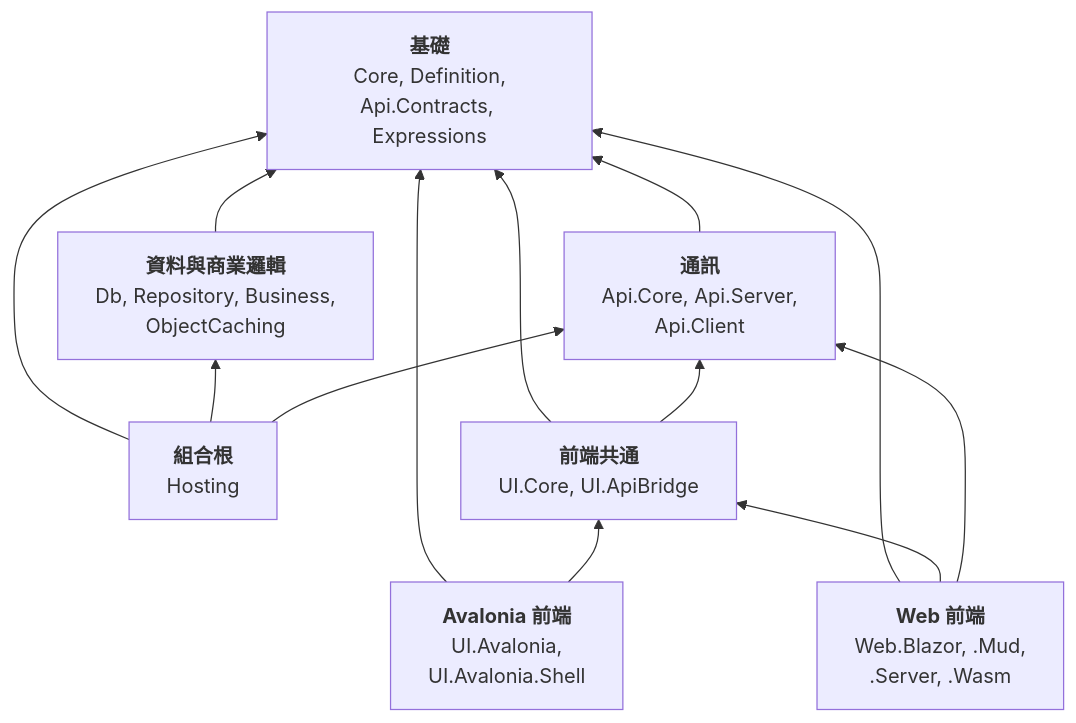
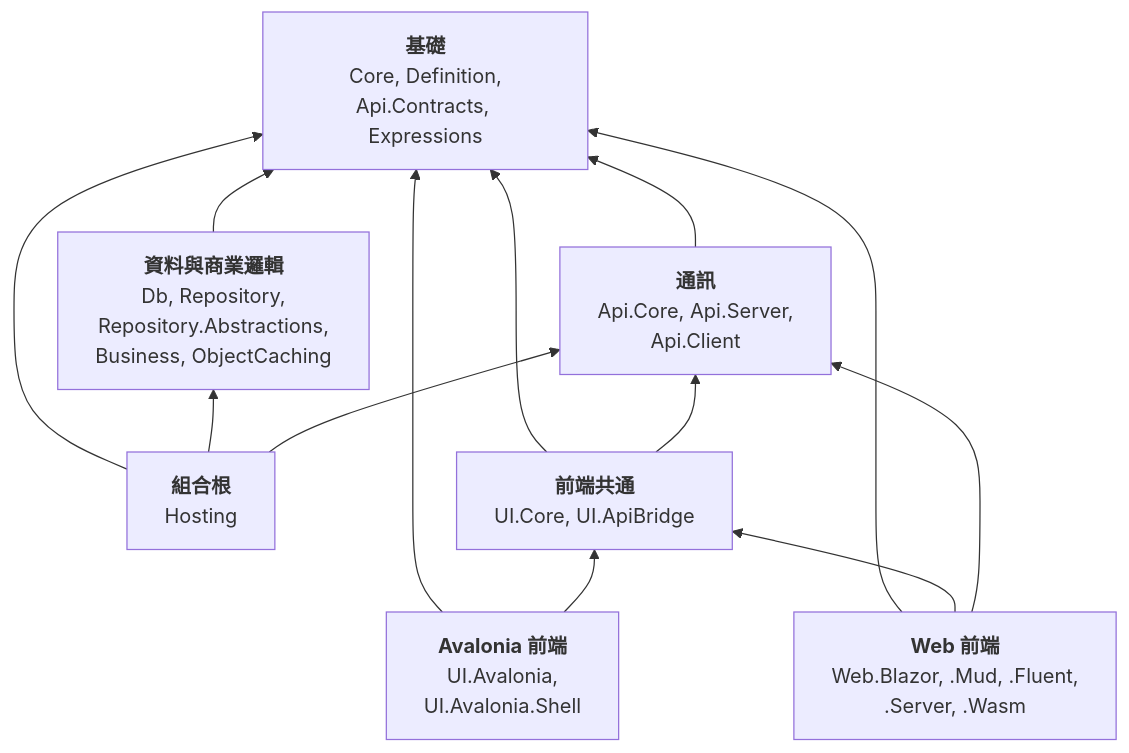
The first of 8 diagrams in docs/zh-TW/architecture/dependency-map.md (polhem-dev/polhem), drawn with Mermaid before and after one commit. The commit also changed other lines of this file and 2 other files, not shown here.

Commit message:
List every project in the dependency map's overview, and check that it does (#291)
The overview's Web front end box left out Polhem.Web.Blazor.Fluent, and the Data and
business logic box left out Polhem.Repository.Abstractions. check-dependency-map.sh
compared the overview's edges with the csproj files but not the projects its boxes
list, so neither omission was reported. It now compares each box with the projects of
its area, reading a name that starts with a dot as an extension of the last full name.

````diff
--- a/docs/zh-TW/architecture/dependency-map.md
+++ b/docs/zh-TW/architecture/dependency-map.md
@@ -18,23 +18,23 @@
 ```mermaid
 graph BT
   Foundation["<b>基礎</b><br/>Core, Definition,<br/>Api.Contracts, Expressions"]
-  Backend["<b>資料與商業邏輯</b><br/>Db, Repository, Business,<br/>ObjectCaching"]
+  Backend["<b>資料與商業邏輯</b><br/>Db, Repository,<br/>Repository.Abstractions,<br/>Business, ObjectCaching"]
   Wire["<b>通訊</b><br/>Api.Core, Api.Server,<br/>Api.Client"]
   Composition["<b>組合根</b><br/>Hosting"]
   FrontShared["<b>前端共通</b><br/>UI.Core, UI.ApiBridge"]
   Avalonia["<b>Avalonia 前端</b><br/>UI.Avalonia,<br/>UI.Avalonia.Shell"]
-  Web["<b>Web 前端</b><br/>Web.Blazor, .Mud,<br/>.Server, .Wasm"]
+  Web["<b>Web 前端</b><br/>Web.Blazor, .Mud, .Fluent,<br/>.Server, .Wasm"]
 
   Backend --> Foundation
   Wire --> Foundation
   Composition --> Foundation
   Composition --> Backend
   Composition --> Wire
   FrontShared --> Foundation
   FrontShared --> Wire
   Avalonia --> Foundation
   Avalonia --> FrontShared
   Web --> Foundation
   Web --> FrontShared
   Web --> Wire
 ```
````
